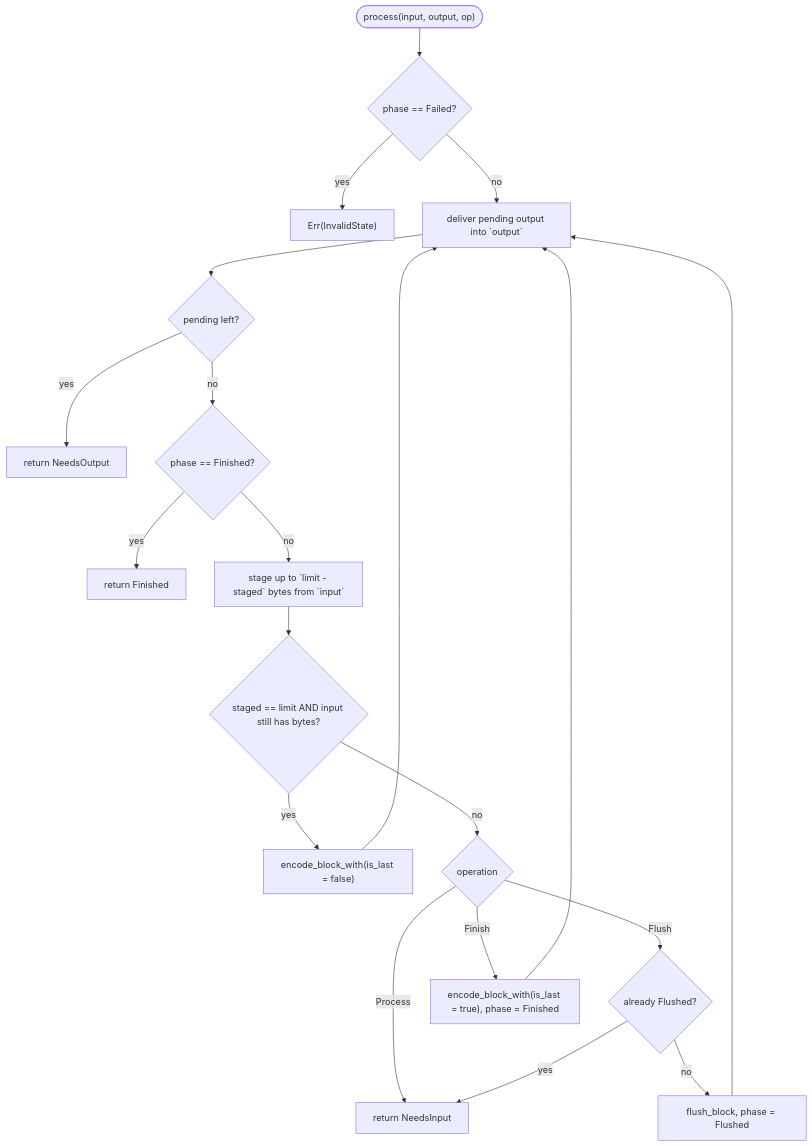
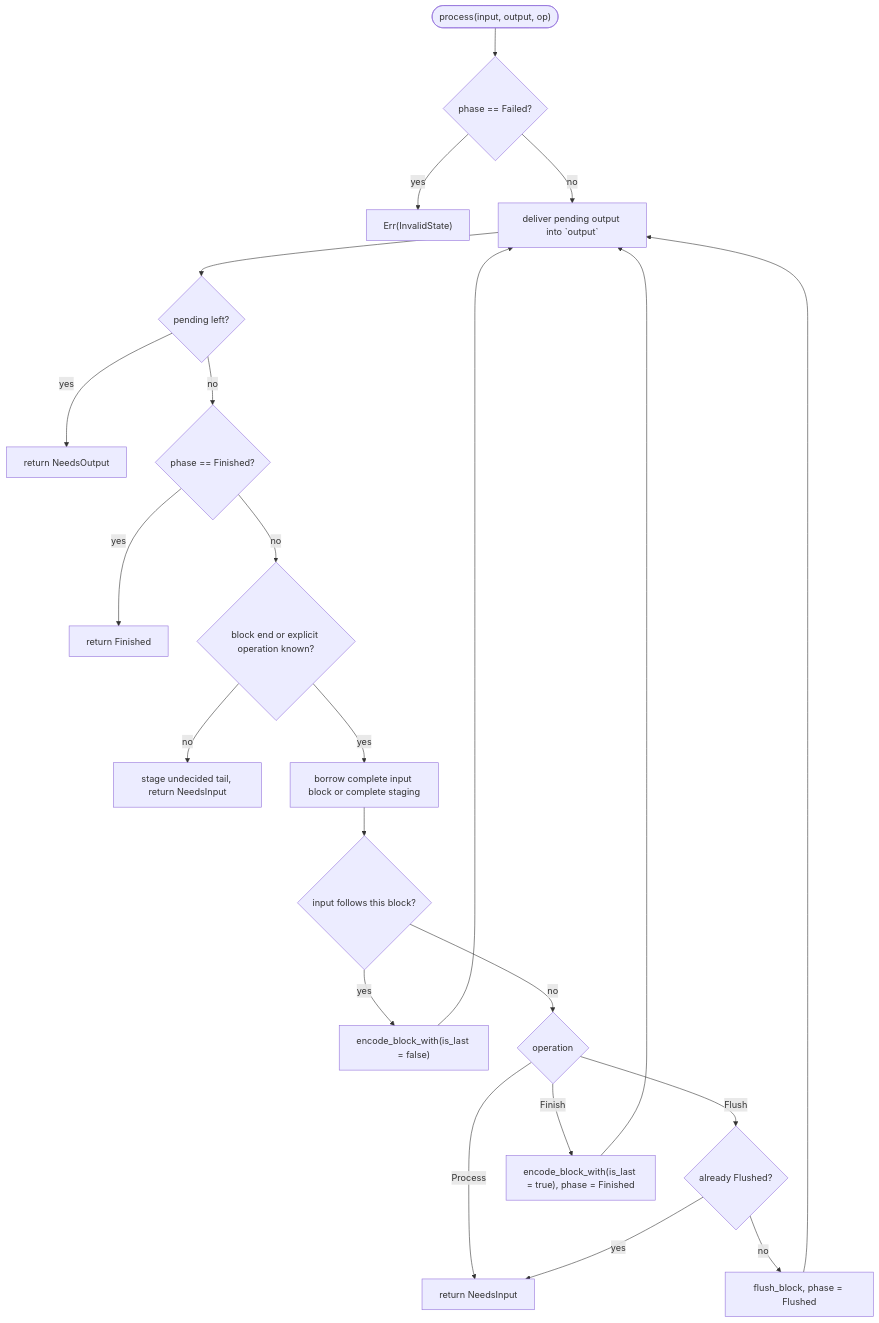
One commit to Mnwa/mbrotli changed the eighth of 12 diagrams in architecture/compressor.md. Above: the diagram before and after it, drawn with Mermaid. The commit also changed other lines of this file and 64 other files, not shown here.

````diff
--- a/architecture/compressor.md
+++ b/architecture/compressor.md
@@ -382,22 +396,24 @@
 ```mermaid
 flowchart TD
     start(["process(input, output, op)"]) --> failed{"phase == Failed?"}
     failed -->|yes| inval["Err(InvalidState)"]
     failed -->|no| drain["deliver pending output into `output`"]
     drain --> more{"pending left?"}
     more -->|yes| needout["return NeedsOutput"]
     more -->|no| fin{"phase == Finished?"}
     fin -->|yes| done["return Finished"]
-    fin -->|no| stage["stage up to `limit - staged` bytes from `input`"]
-    stage --> full{"staged == limit AND input still has bytes?"}
+    fin -->|no| tail{"block end or explicit operation known?"}
+    tail -->|no| stage["stage undecided tail, return NeedsInput"]
+    tail -->|yes| source["borrow complete input block or complete staging"]
+    source --> full{"input follows this block?"}
     full -->|yes| encode["encode_block_with(is_last = false)"]
     encode --> drain
     full -->|no| op{"operation"}
     op -->|Process| needin["return NeedsInput"]
     op -->|Flush| flushed{"already Flushed?"}
     flushed -->|yes| needin
     flushed -->|no| doflush["flush_block, phase = Flushed"]
     doflush --> drain
     op -->|Finish| last["encode_block_with(is_last = true), phase = Finished"]
     last --> drain
 ```
````
